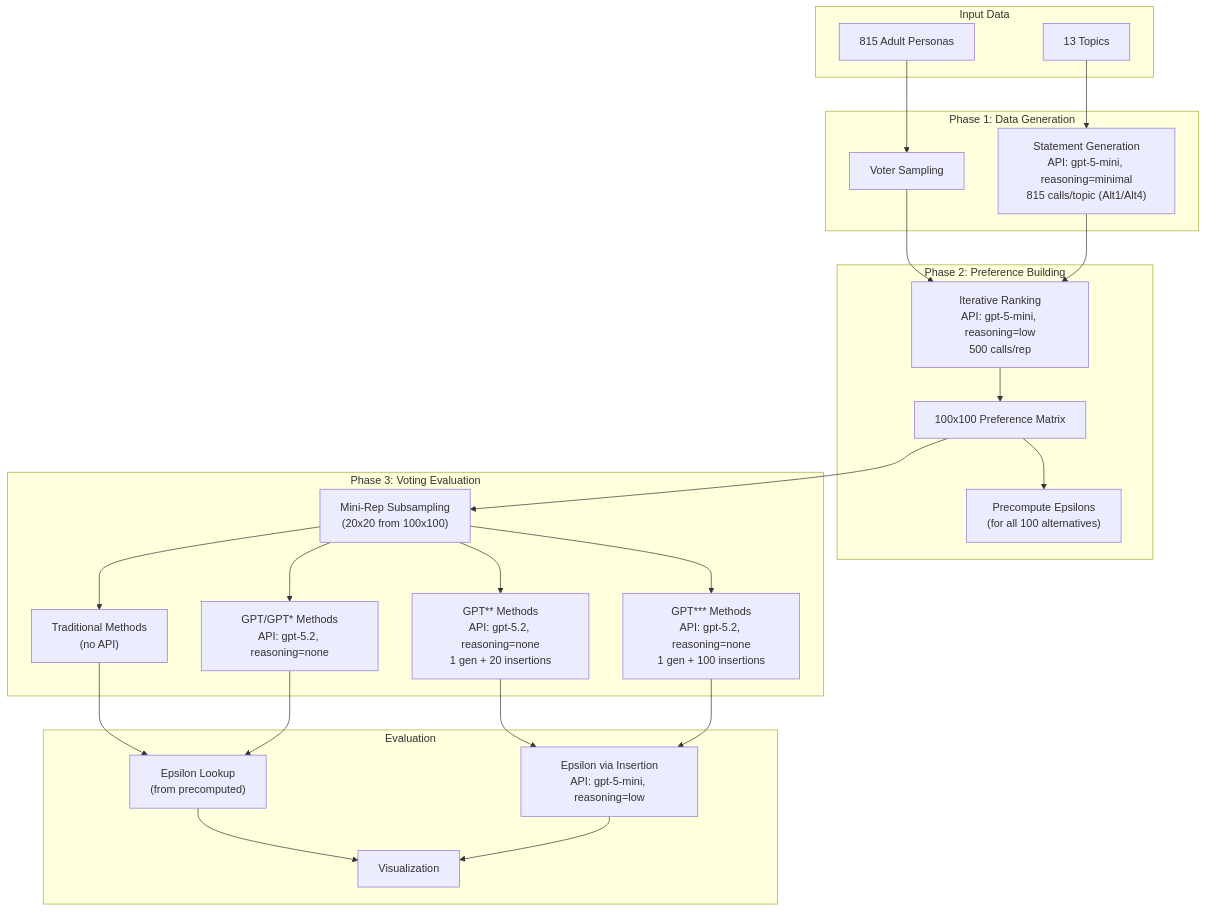
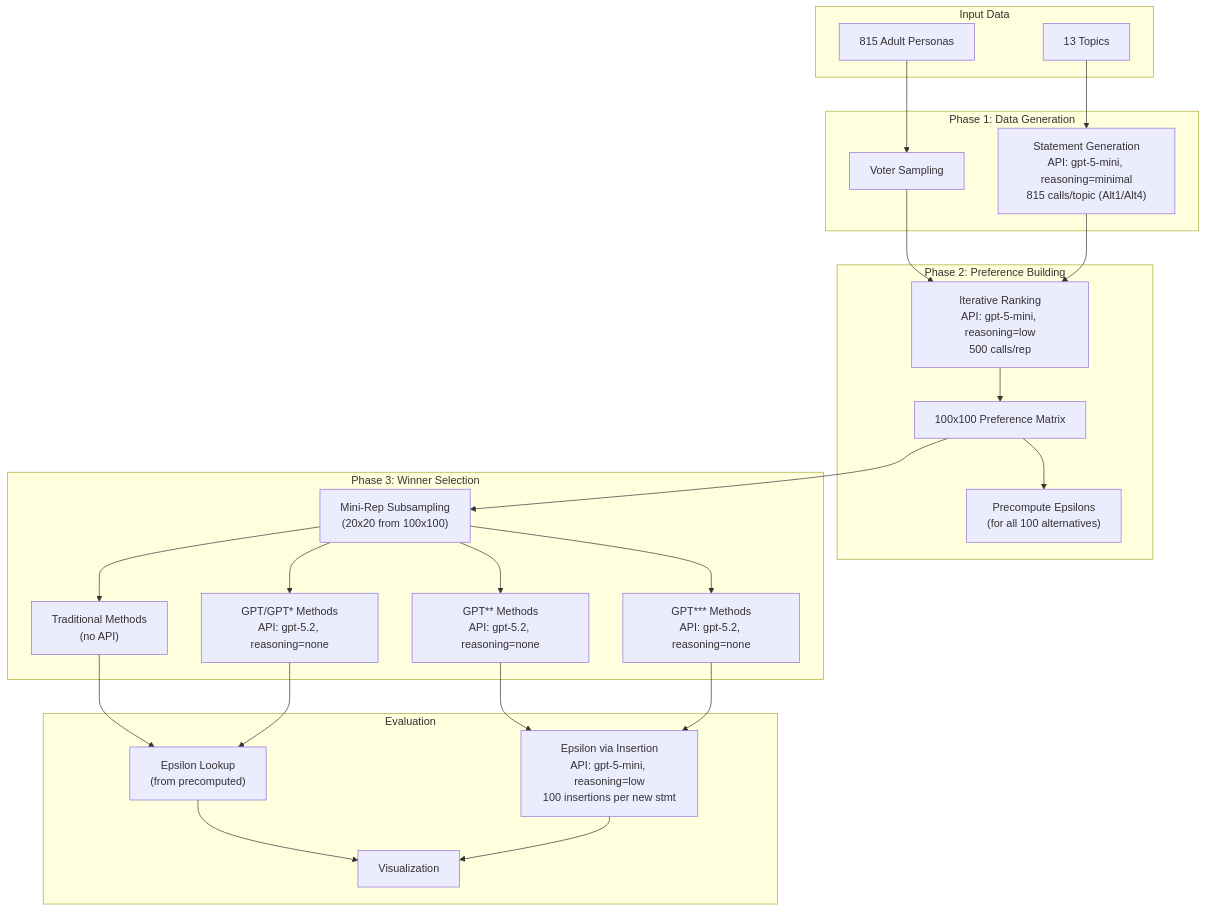
Before and after one commit to jeqcho/single-winner-generative-social-choice: the first of 2 diagrams in README.md, drawn with Mermaid. The commit also changed other lines of this file and 2 other files, not shown here.

Commit message:
Fix double star epsilon calculation error

````diff
--- a/README.md
+++ b/README.md
@@ -46,50 +46,50 @@
 ```mermaid
 flowchart TD
     subgraph inputs [Input Data]
         P[815 Adult Personas]
         T[13 Topics]
     end
 
     subgraph phase1 [Phase 1: Data Generation]
         VS[Voter Sampling]
         SG["Statement Generation<br/>API: gpt-5-mini, reasoning=minimal<br/>815 calls/topic (Alt1/Alt4)"]
     end
 
     subgraph phase2 [Phase 2: Preference Building]
         PR["Iterative Ranking<br/>API: gpt-5-mini, reasoning=low<br/>500 calls/rep"]
         PM[100x100 Preference Matrix]
         PE["Precompute Epsilons<br/>(for all 100 alternatives)"]
     end
 
-    subgraph phase3 [Phase 3: Voting Evaluation]
+    subgraph phase3 [Phase 3: Winner Selection]
         MR["Mini-Rep Subsampling<br/>(20x20 from 100x100)"]
         TM["Traditional Methods<br/>(no API)"]
         GPT0["GPT/GPT* Methods<br/>API: gpt-5.2, reasoning=none"]
-        GPT2["GPT** Methods<br/>API: gpt-5.2, reasoning=none<br/>1 gen + 20 insertions"]
-        GPT3["GPT*** Methods<br/>API: gpt-5.2, reasoning=none<br/>1 gen + 100 insertions"]
+        GPT2["GPT** Methods<br/>API: gpt-5.2, reasoning=none"]
+        GPT3["GPT*** Methods<br/>API: gpt-5.2, reasoning=none"]
     end
 
     subgraph metrics [Evaluation]
         EL["Epsilon Lookup<br/>(from precomputed)"]
-        EI["Epsilon via Insertion<br/>API: gpt-5-mini, reasoning=low"]
+        EI["Epsilon via Insertion<br/>API: gpt-5-mini, reasoning=low<br/>100 insertions per new stmt"]
         VIZ[Visualization]
     end
 
     P --> VS
     T --> SG
     VS --> PR
     SG --> PR
     PR --> PM
     PM --> PE
     PM --> MR
     MR --> TM
     MR --> GPT0
     MR --> GPT2
     MR --> GPT3
     TM --> EL
     GPT0 --> EL
     GPT2 --> EI
     GPT3 --> EI
     EL --> VIZ
     EI --> VIZ
 ```
````
